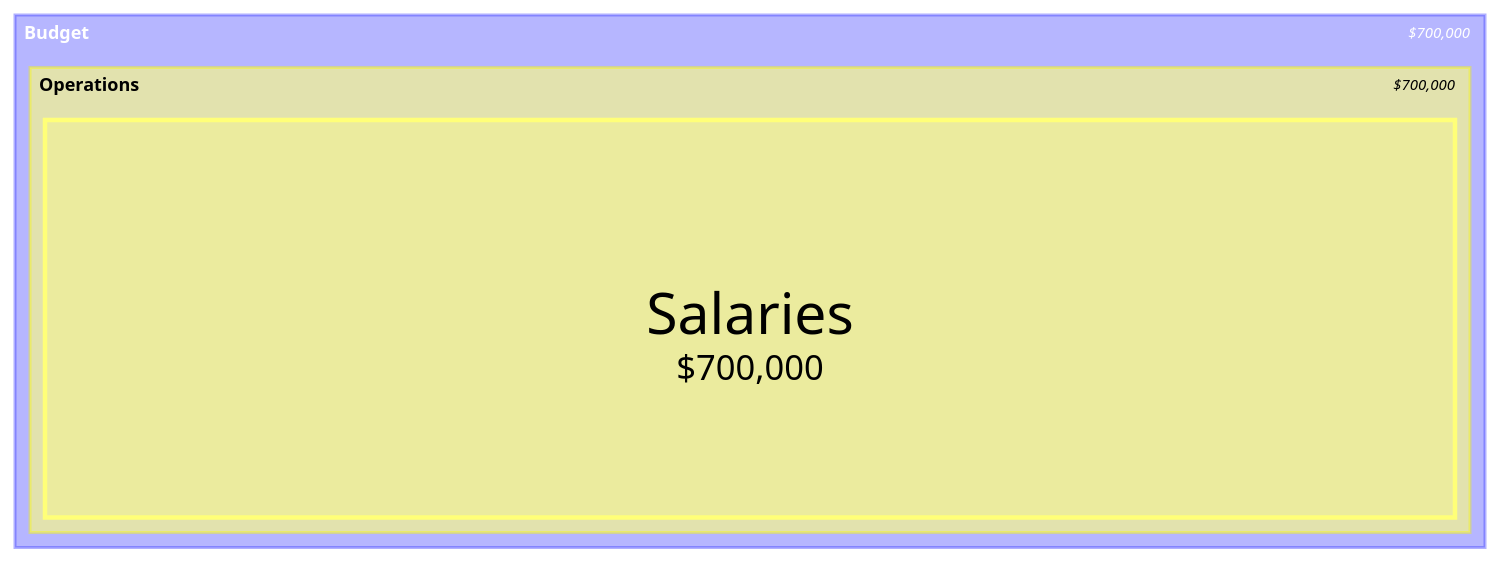
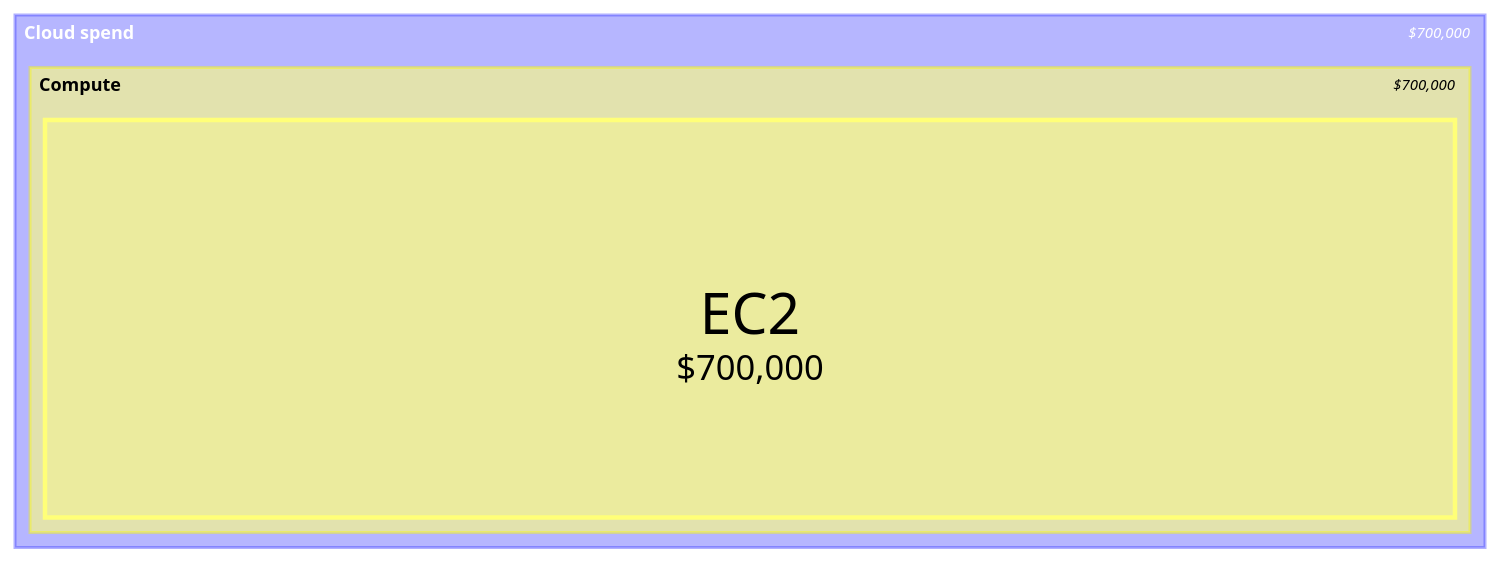
Before and after one commit to flatrick/agent-skills: the second of 2 diagrams in mastery-of-mermaid/references/treemap.md, drawn with Mermaid. The commit also changed other lines of this file and 44 other files, not shown here.

First line of the commit message:
docs: retheme mastery-of-mermaid examples to software-dev scenarios

````diff
--- a/mastery-of-mermaid/references/treemap.md
+++ b/mastery-of-mermaid/references/treemap.md
@@ -31,11 +31,11 @@
 ```mermaid
 ---
 config:
   treemap:
     valueFormat: '$0,0'
 ---
 treemap-beta
-"Budget"
-    "Operations"
-        "Salaries": 700000
+"Cloud spend"
+    "Compute"
+        "EC2": 700000
 ```
````
